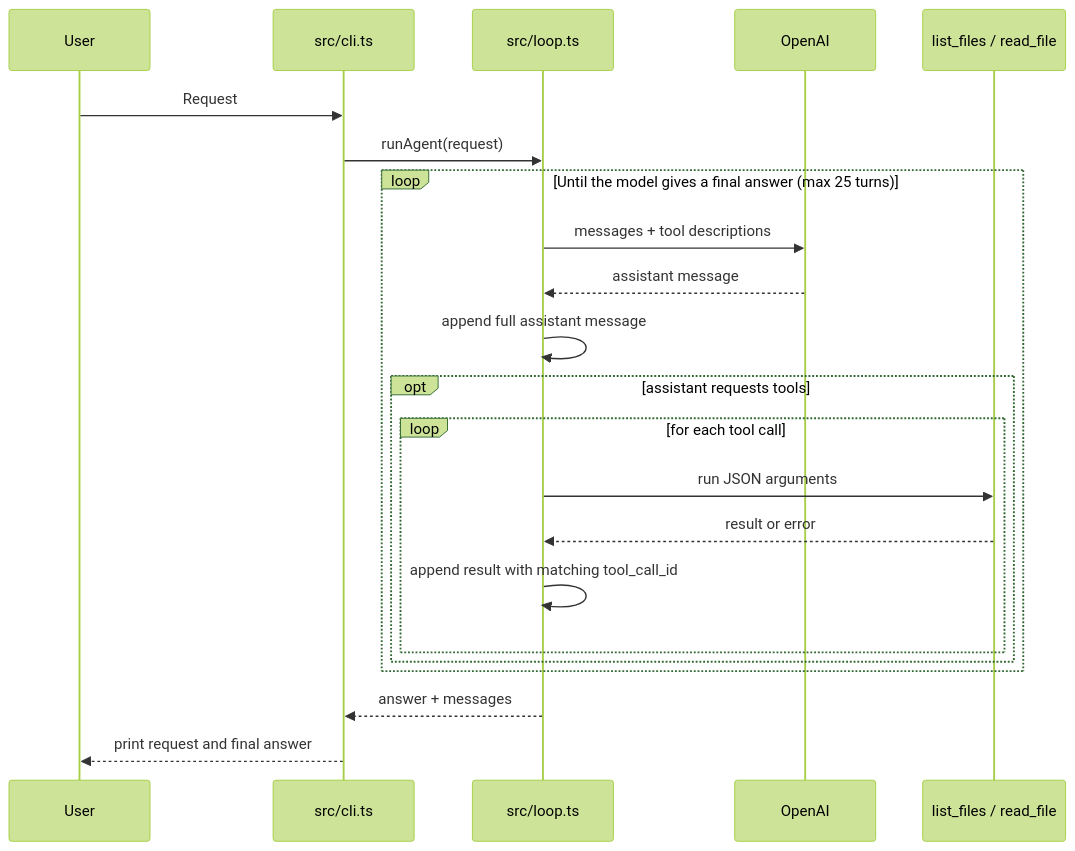
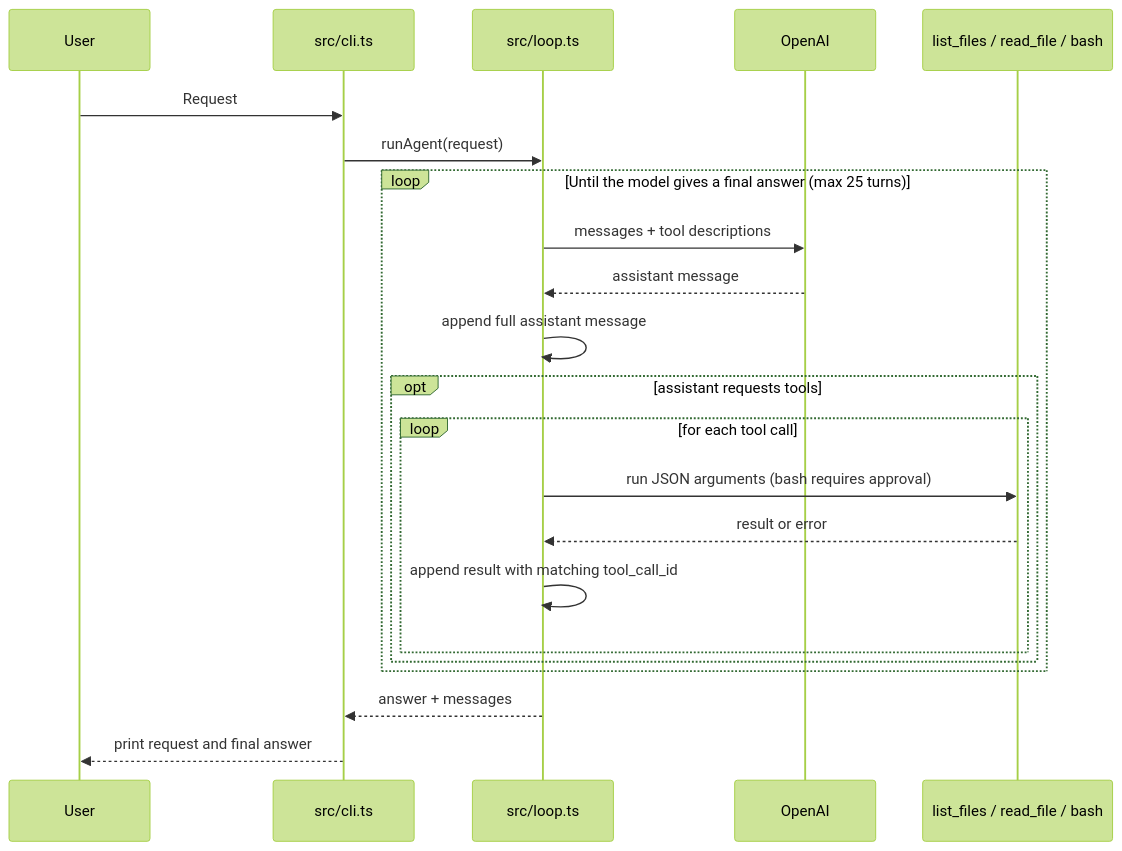
Before and after one commit to petermekhaeil/mini-agent: the diagram in README.md, drawn with Mermaid (forest theme). The commit also changed other lines of this file and 5 other files, not shown here.

First line of the commit message:
feat(agent): Add confirmed Bash command tool

````diff
--- a/README.md
+++ b/README.md
@@ -20,25 +22,25 @@
 ```mermaid
 sequenceDiagram
     participant User
     participant CLI as src/cli.ts
     participant Agent as src/loop.ts
     participant OpenAI
-    participant Tools as list_files / read_file
+    participant Tools as list_files / read_file / bash
 
     User->>CLI: Request
     CLI->>Agent: runAgent(request)
     loop Until the model gives a final answer (max 25 turns)
         Agent->>OpenAI: messages + tool descriptions
         OpenAI-->>Agent: assistant message
         Agent->>Agent: append full assistant message
         opt assistant requests tools
             loop for each tool call
-                Agent->>Tools: run JSON arguments
+                Agent->>Tools: run JSON arguments (bash requires approval)
                 Tools-->>Agent: result or error
                 Agent->>Agent: append result with matching tool_call_id
             end
         end
     end
     Agent-->>CLI: answer + messages
     CLI-->>User: print request and final answer
 ```
````
